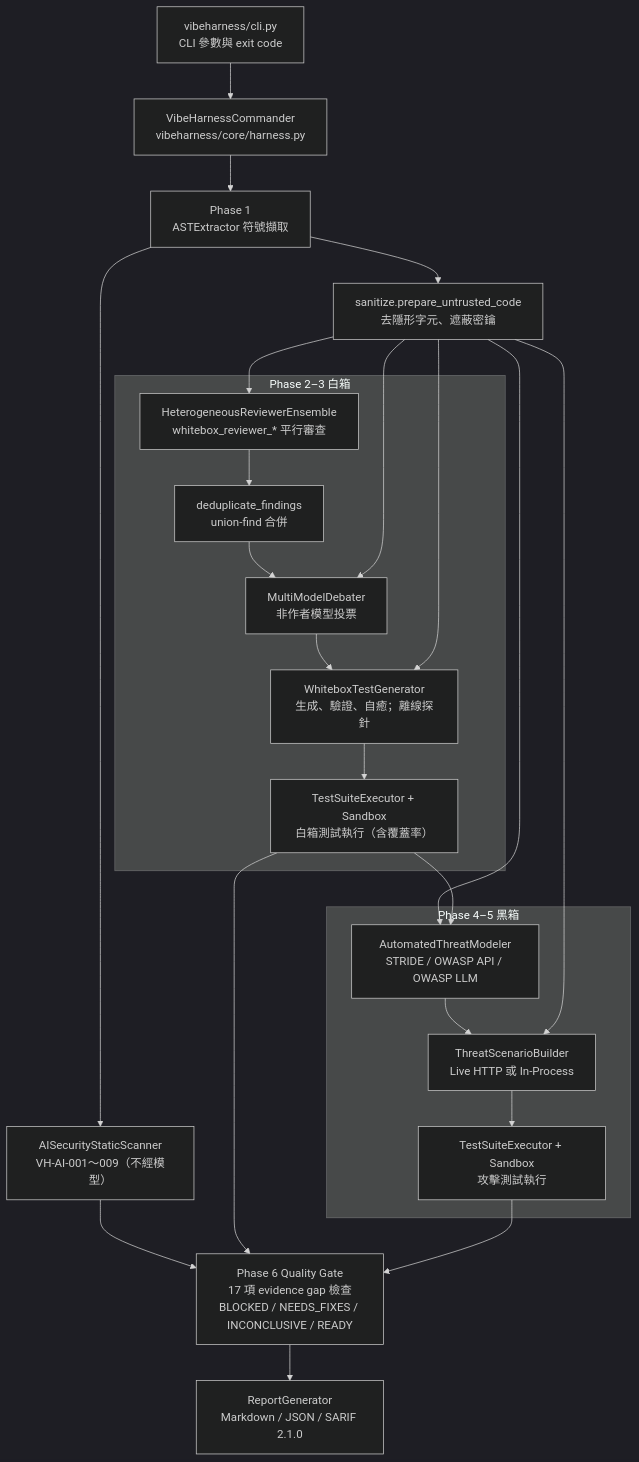
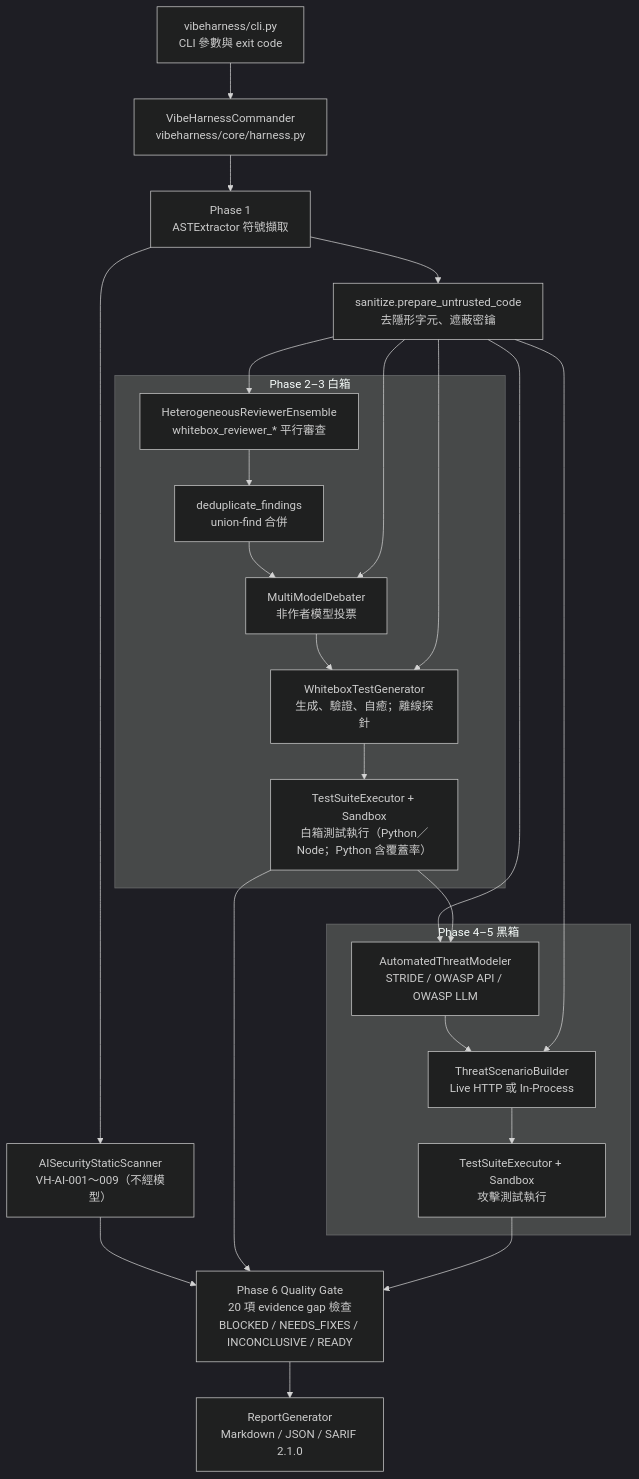
One commit to chinchiang/MultiAgentGama changed the first of 3 diagrams in docs/design.md. Above: the diagram before and after it, drawn with Mermaid (dark theme). The commit also changed other lines of this file and 1 other file, not shown here.

````diff
--- a/docs/design.md
+++ b/docs/design.md
@@ -43,34 +43,34 @@
 ```mermaid
 flowchart TD
     CLI["vibeharness/cli.py<br/>CLI 參數與 exit code"] --> CMD["VibeHarnessCommander<br/>vibeharness/core/harness.py"]
     CMD --> P1["Phase 1<br/>ASTExtractor 符號擷取"]
     P1 --> SAST["AISecurityStaticScanner<br/>VH-AI-001～009（不經模型）"]
     P1 --> SAN["sanitize.prepare_untrusted_code<br/>去隱形字元、遮蔽密鑰"]
 
     subgraph WB ["Phase 2–3 白箱"]
         REV["HeterogeneousReviewerEnsemble<br/>whitebox_reviewer_* 平行審查"]
         DEDUP["deduplicate_findings<br/>union-find 合併"]
         DEB["MultiModelDebater<br/>非作者模型投票"]
         GEN["WhiteboxTestGenerator<br/>生成、驗證、自癒；離線探針"]
-        EXE1["TestSuiteExecutor + Sandbox<br/>白箱測試執行（含覆蓋率）"]
+        EXE1["TestSuiteExecutor + Sandbox<br/>白箱測試執行（Python／Node；Python 含覆蓋率）"]
         REV --> DEDUP --> DEB --> GEN --> EXE1
     end
 
     subgraph BB ["Phase 4–5 黑箱"]
         TM["AutomatedThreatModeler<br/>STRIDE / OWASP API / OWASP LLM"]
         ATK["ThreatScenarioBuilder<br/>Live HTTP 或 In-Process"]
         EXE2["TestSuiteExecutor + Sandbox<br/>攻擊測試執行"]
         TM --> ATK --> EXE2
     end
 
     SAN --> REV
     SAN --> DEB
     SAN --> GEN
     SAN --> TM
     SAN --> ATK
     EXE1 --> TM
     SAST --> GATE
     EXE1 --> GATE
-    EXE2 --> GATE["Phase 6 Quality Gate<br/>17 項 evidence gap 檢查<br/>BLOCKED / NEEDS_FIXES / INCONCLUSIVE / READY"]
+    EXE2 --> GATE["Phase 6 Quality Gate<br/>20 項 evidence gap 檢查<br/>BLOCKED / NEEDS_FIXES / INCONCLUSIVE / READY"]
     GATE --> OUT["ReportGenerator<br/>Markdown / JSON / SARIF 2.1.0"]
 ```
````
